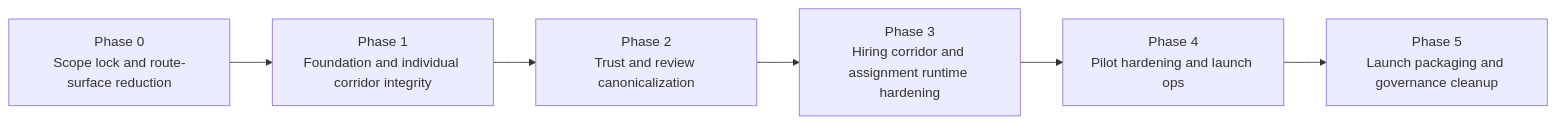
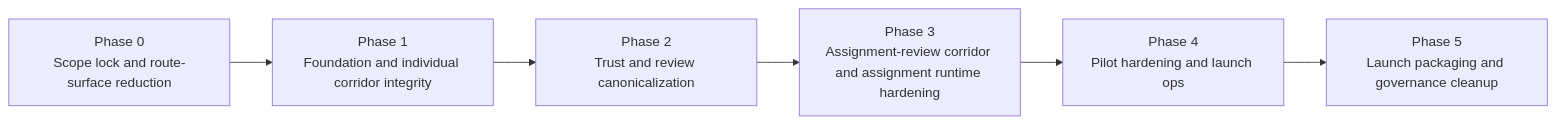
The diagram in docs/backlog/dependency-map.md (gother111/proofound-platform), drawn with Mermaid before and after one commit. The commit also changed other lines of this file and 250 other files, not shown here.

````diff
--- a/docs/backlog/dependency-map.md
+++ b/docs/backlog/dependency-map.md
@@ -17,8 +17,8 @@
 ```mermaid
 flowchart LR
   P0["Phase 0<br/>Scope lock and route-surface reduction"] --> P1["Phase 1<br/>Foundation and individual corridor integrity"]
   P1 --> P2["Phase 2<br/>Trust and review canonicalization"]
-  P2 --> P3["Phase 3<br/>Hiring corridor and assignment runtime hardening"]
+  P2 --> P3["Phase 3<br/>Assignment-review corridor and assignment runtime hardening"]
   P3 --> P4["Phase 4<br/>Pilot hardening and launch ops"]
   P4 --> P5["Phase 5<br/>Launch packaging and governance cleanup"]
 ```
````
